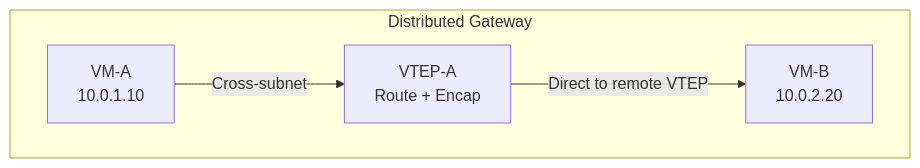
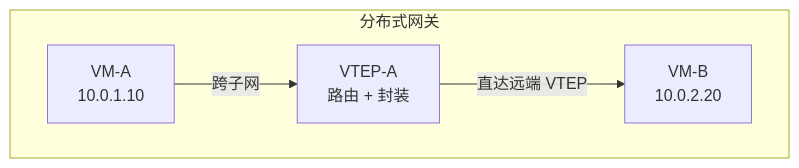
Before and after one commit to caozhiyi/network-book: the fourth of 4 diagrams in docs/06.Tunnel在哪里终止VTEP的落点.md, drawn with Mermaid. The commit also changed other lines of this file and 77 other files, not shown here.

````diff
--- a/docs/06.Tunnel在哪里终止VTEP的落点.md
+++ b/docs/06.Tunnel在哪里终止VTEP的落点.md
@@ -155,7 +154,7 @@
 ```mermaid
 graph TB
-    subgraph "Distributed Gateway"
-        VM_A2[VM-A<br/>10.0.1.10] -->|"Cross-subnet"| VTEP_A[VTEP-A<br/>Route + Encap]
-        VTEP_A -->|"Direct to remote VTEP"| VM_B2[VM-B<br/>10.0.2.20]
+    subgraph "分布式网关"
+        VM_A2[VM-A<br/>10.0.1.10] -->|"跨子网"| VTEP_A[VTEP-A<br/>路由 + 封装]
+        VTEP_A -->|"直达远端 VTEP"| VM_B2[VM-B<br/>10.0.2.20]
     end
 ```
````
